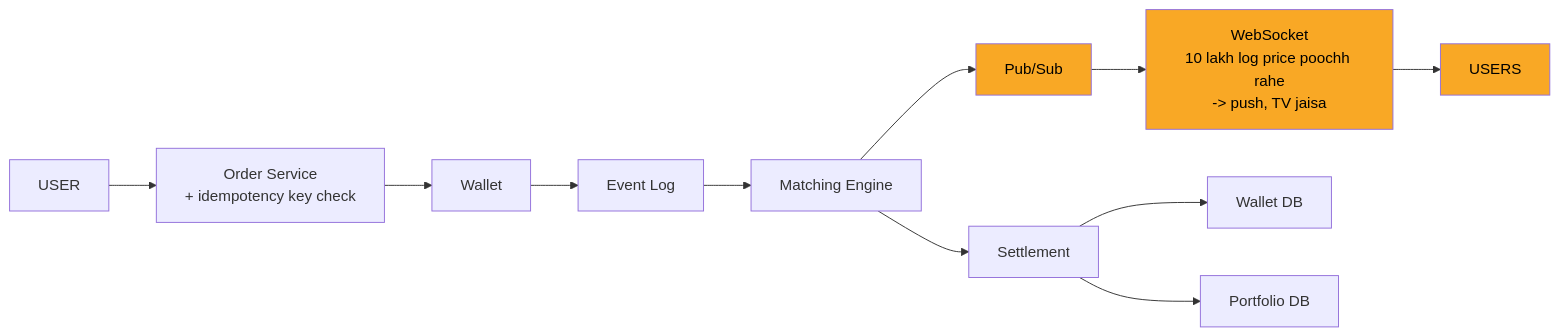
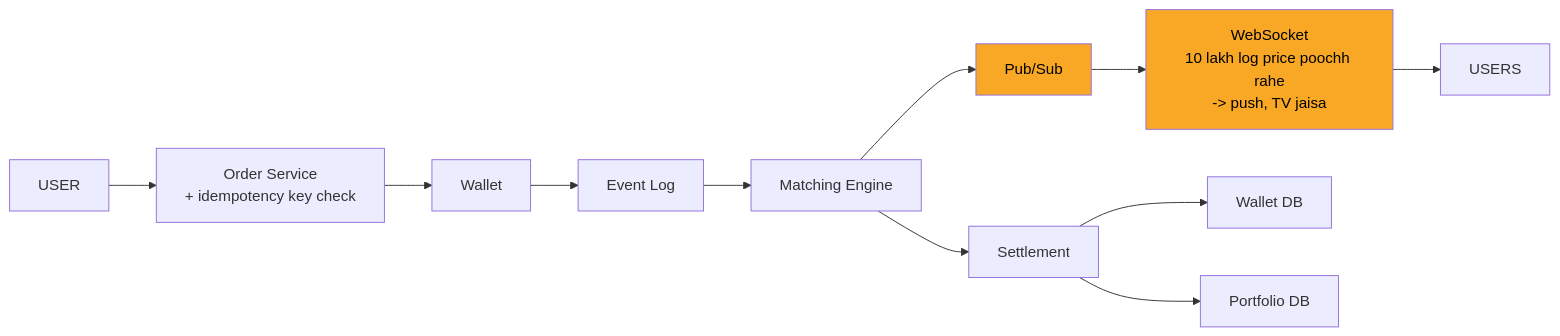
Before and after one commit to ArpanMaheshwari144/Prep: the ninth of 10 diagrams in 04_HLD/SYSTEM_DESIGNS/05_stock_broker_trading/05_stock_broker_trading.md, drawn with Mermaid. The commit also changed other lines of this file, not shown here.

````diff
--- a/04_HLD/SYSTEM_DESIGNS/05_stock_broker_trading/05_stock_broker_trading.md
+++ b/04_HLD/SYSTEM_DESIGNS/05_stock_broker_trading/05_stock_broker_trading.md
@@ -323,27 +322,26 @@
 ```mermaid
 flowchart LR
     n_USER["USER"]
     n_Order_Service["Order Service<br/>+ idempotency key check"]
     n_Wallet["Wallet"]
     n_Event_Log["Event Log"]
     n_Matching_Engine["Matching Engine"]
     n_Pub_Sub["Pub/Sub"]
     n_WebSocket["WebSocket<br/>10 lakh log price poochh rahe<br/>-> push, TV jaisa"]
     n_USERS["USERS"]
     n_Settlement["Settlement"]
     n_Wallet_DB["Wallet DB"]
     n_Portfolio_DB["Portfolio DB"]
     n_USER --> n_Order_Service
     n_Order_Service --> n_Wallet
     n_Wallet --> n_Event_Log
     n_Event_Log --> n_Matching_Engine
     n_Matching_Engine --> n_Settlement
     n_Settlement --> n_Wallet_DB
     n_Settlement --> n_Portfolio_DB
     n_Matching_Engine --> n_Pub_Sub
     n_Pub_Sub --> n_WebSocket
     n_WebSocket --> n_USERS
     style n_Pub_Sub fill:#f9a825,color:#000
     style n_WebSocket fill:#f9a825,color:#000
-    style n_USERS fill:#f9a825,color:#000
 ```
````
